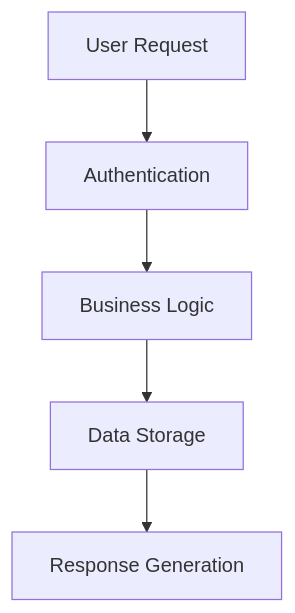
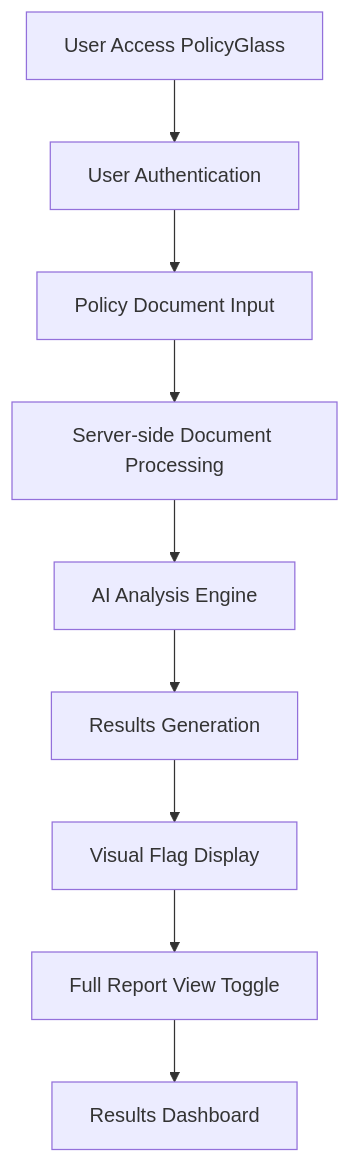
Before and after one commit to artsmc/hackathon-cerebras: the second of 2 diagrams in cline-docs/systemArchitecture.md, drawn with Mermaid. The commit also changed other lines of this file and 30 other files, not shown here.

````diff
--- a/cline-docs/systemArchitecture.md
+++ b/cline-docs/systemArchitecture.md
@@ -11,7 +97,11 @@
 ```mermaid
 flowchart TD
-    A[User Request] --> B[Authentication]
-    B --> C[Business Logic]
-    C --> D[Data Storage]
-    D --> E[Response Generation]
+    A[User Access PolicyGlass] --> B[User Authentication]
+    B --> C[Policy Document Input]
+    C --> D[Server-side Document Processing]
+    D --> E[AI Analysis Engine]
+    E --> F[Results Generation]
+    F --> G[Visual Flag Display]
+    G --> H[Full Report View Toggle]
+    H --> I[Results Dashboard]
 ```
````
